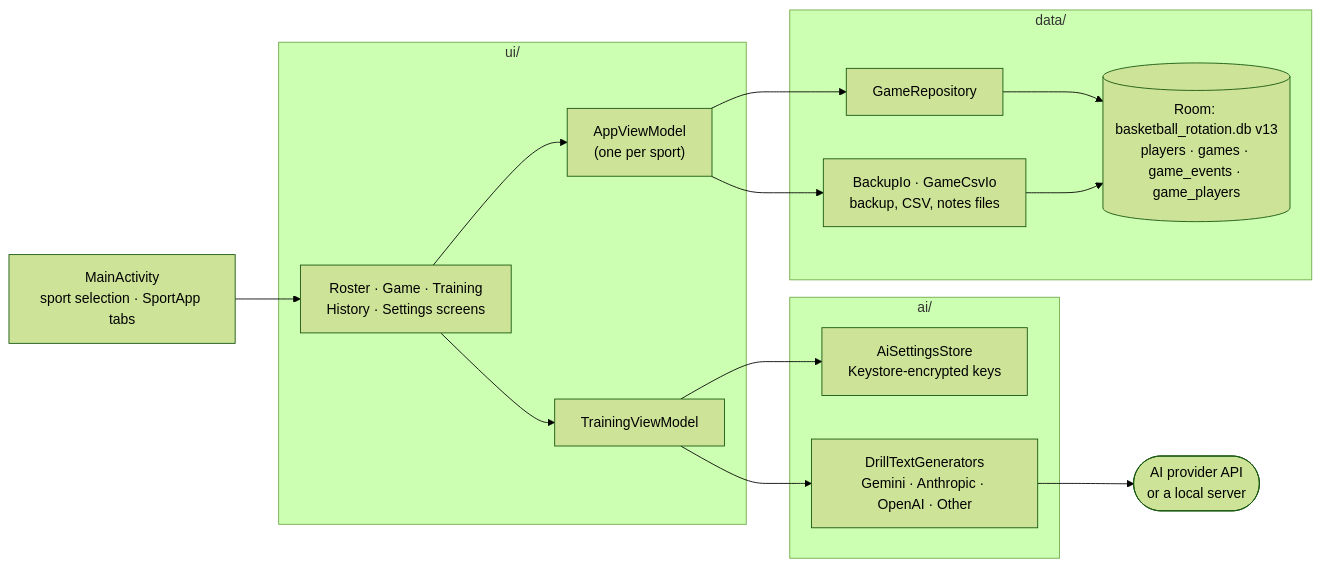
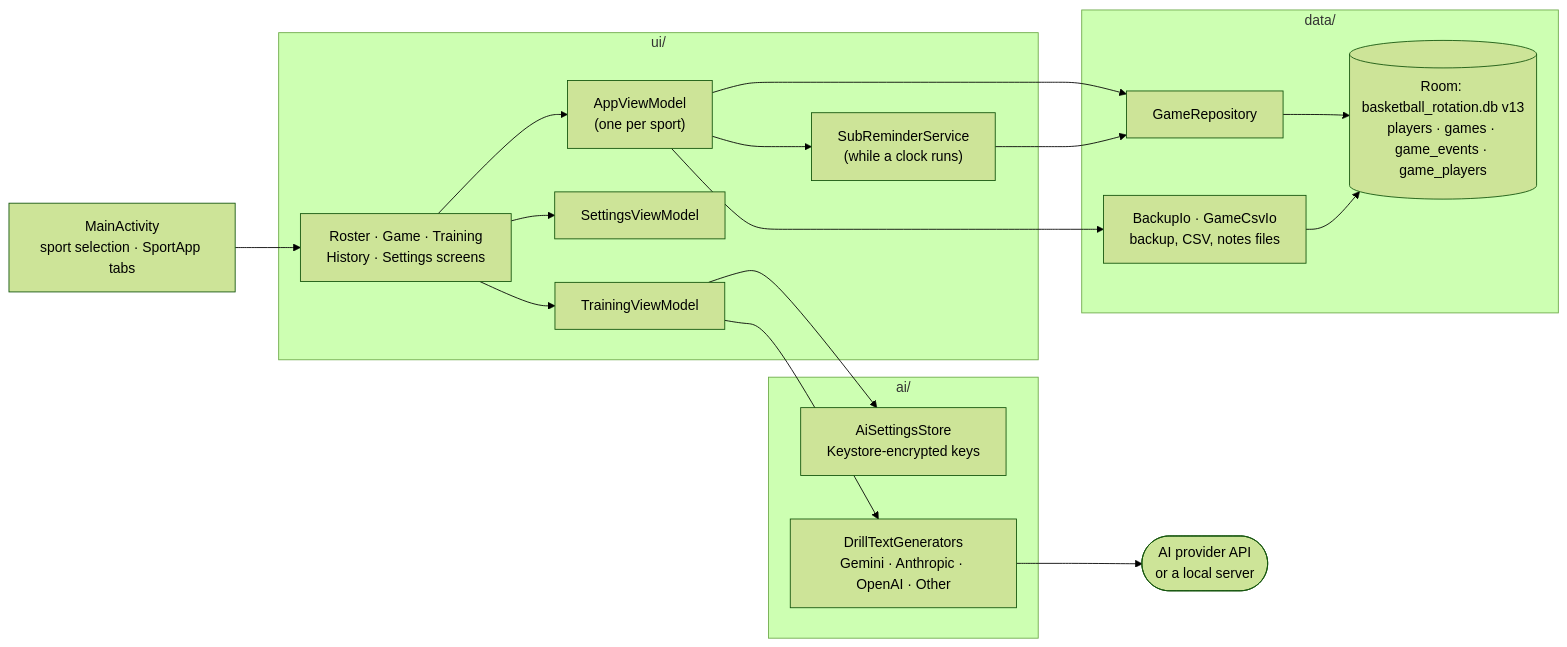
Before and after one commit to lukecarnold-jpg/Coaches-Assistant: the diagram in STRUCTURE.md, drawn with Mermaid (forest theme). The commit also changed other lines of this file and 3 other files, not shown here.

First line of the commit message:
Move the display and sub settings into a SettingsViewModel

````diff
--- a/STRUCTURE.md
+++ b/STRUCTURE.md
@@ -230,32 +231,37 @@
 ```mermaid
 flowchart LR
     MainActivity["MainActivity<br/>sport selection · SportApp tabs"]
 
     subgraph ui["ui/"]
         Screens["Roster · Game · Training<br/>History · Settings screens"]
         AppVM["AppViewModel<br/>(one per sport)"]
+        SettingsVM["SettingsViewModel"]
         TrainingVM["TrainingViewModel"]
+        SubService["SubReminderService<br/>(while a clock runs)"]
     end
 
     subgraph data["data/"]
         Repo["GameRepository"]
         Files["BackupIo · GameCsvIo<br/>backup, CSV, notes files"]
         Room[("Room: basketball_rotation.db v13<br/>players · games · game_events · game_players")]
     end
 
     subgraph ai["ai/"]
         Settings["AiSettingsStore<br/>Keystore-encrypted keys"]
         Generators["DrillTextGenerators<br/>Gemini · Anthropic · OpenAI · Other"]
     end
 
     MainActivity --> Screens
     Screens --> AppVM
     Screens --> TrainingVM
+    Screens --> SettingsVM
     AppVM --> Repo
     AppVM --> Files
+    AppVM --> SubService
+    SubService --> Repo
     Repo --> Room
     Files --> Room
     TrainingVM --> Settings
     TrainingVM --> Generators
     Generators --> Providers(["AI provider API<br/>or a local server"])
 ```
````
